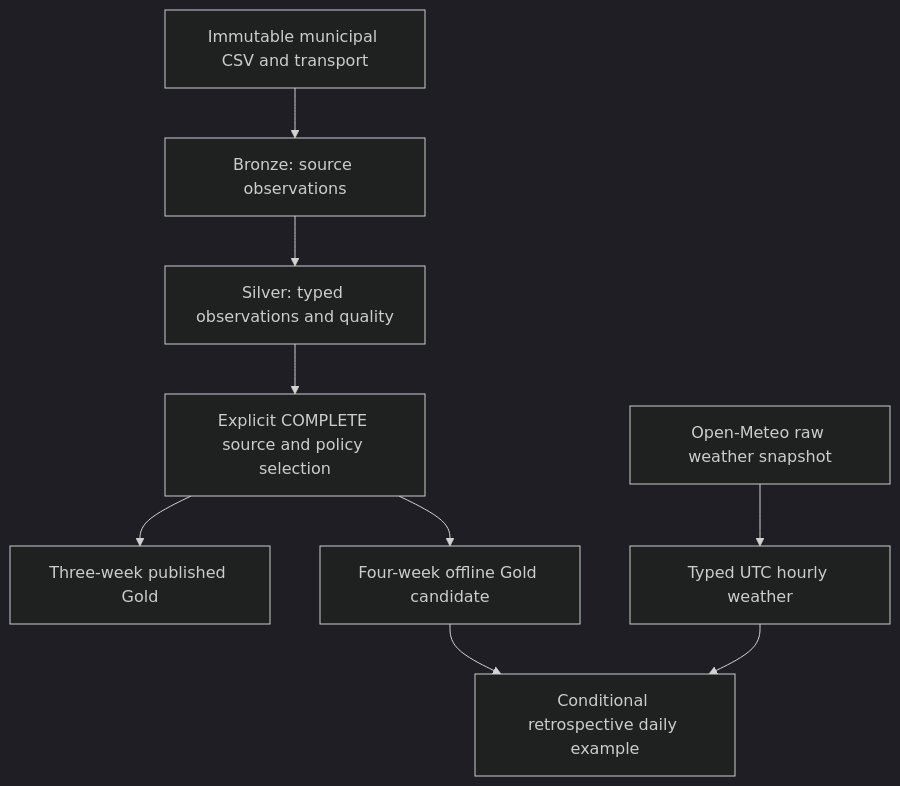
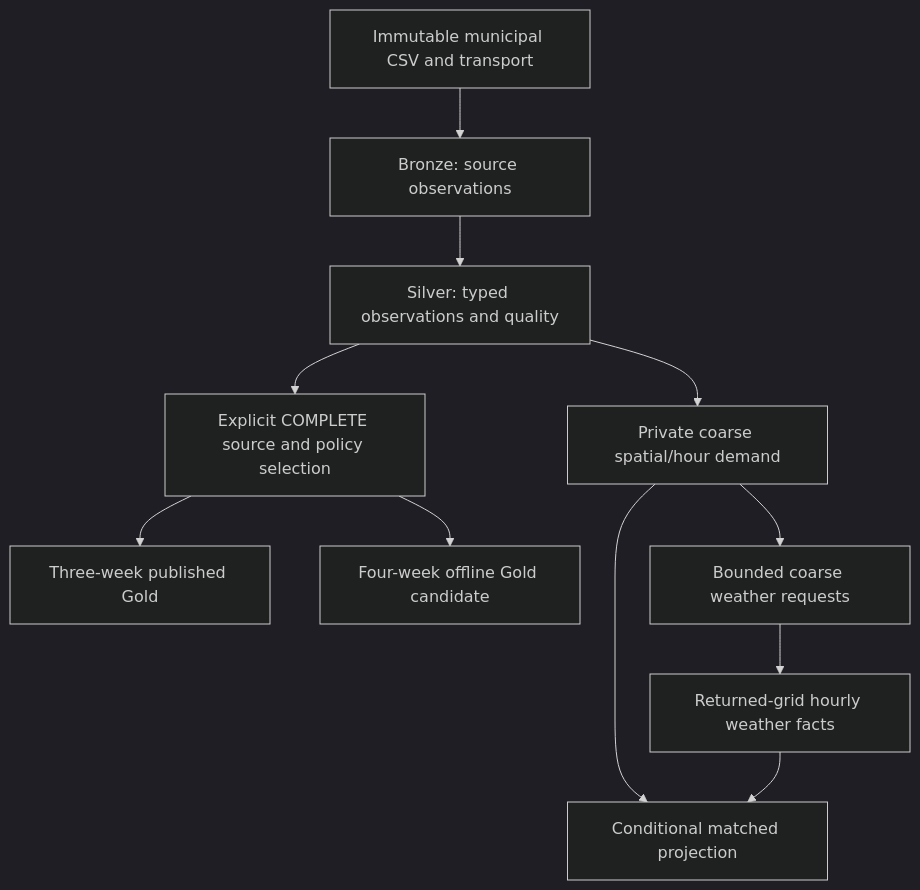
One commit to cevateness/winterops-databricks-lab changed the diagram in README.md. Above: the diagram before and after it, drawn with Mermaid (dark theme). The commit also changed other lines of this file and 16 other files, not shown here.

Commit message:
Derive weather demand from private Silver locations and hours

````diff
--- a/README.md
+++ b/README.md
@@ -15,11 +15,13 @@
 ```mermaid
 flowchart TD
     A["Immutable municipal CSV and transport"] --> B["Bronze: source observations"]
     B --> C["Silver: typed observations and quality"]
     C --> D["Explicit COMPLETE source and policy selection"]
     D --> E["Three-week published Gold"]
     D --> F["Four-week offline Gold candidate"]
-    W["Open-Meteo raw weather snapshot"] --> T["Typed UTC hourly weather"]
-    T --> J["Conditional retrospective daily example"]
-    F --> J
+    C --> H["Private coarse spatial/hour demand"]
+    H --> Q["Bounded coarse weather requests"]
+    Q --> T["Returned-grid hourly weather facts"]
+    H --> M["Conditional matched projection"]
+    T --> M
 ```
````
